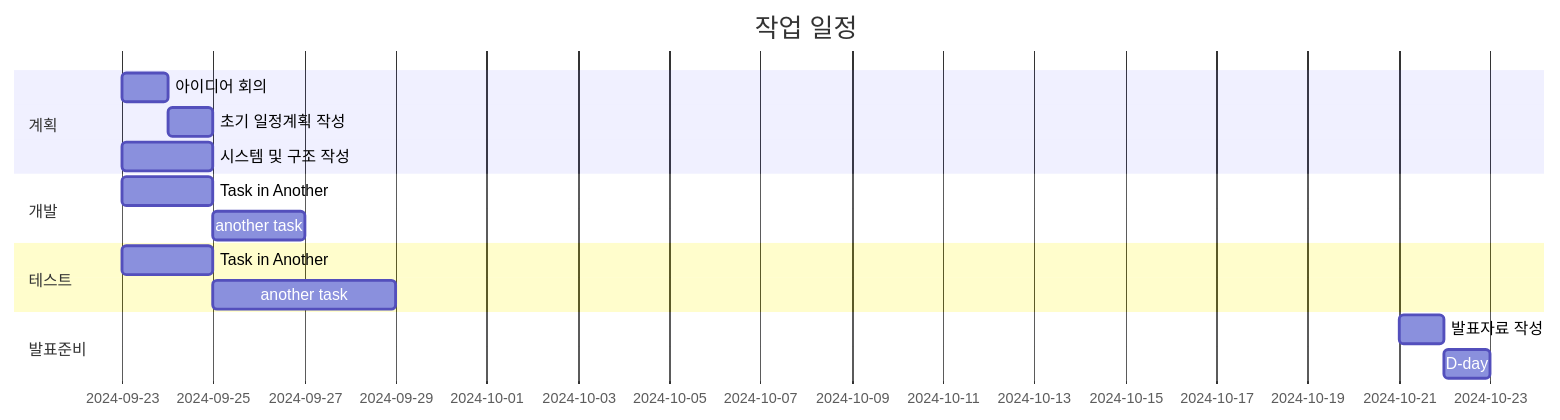
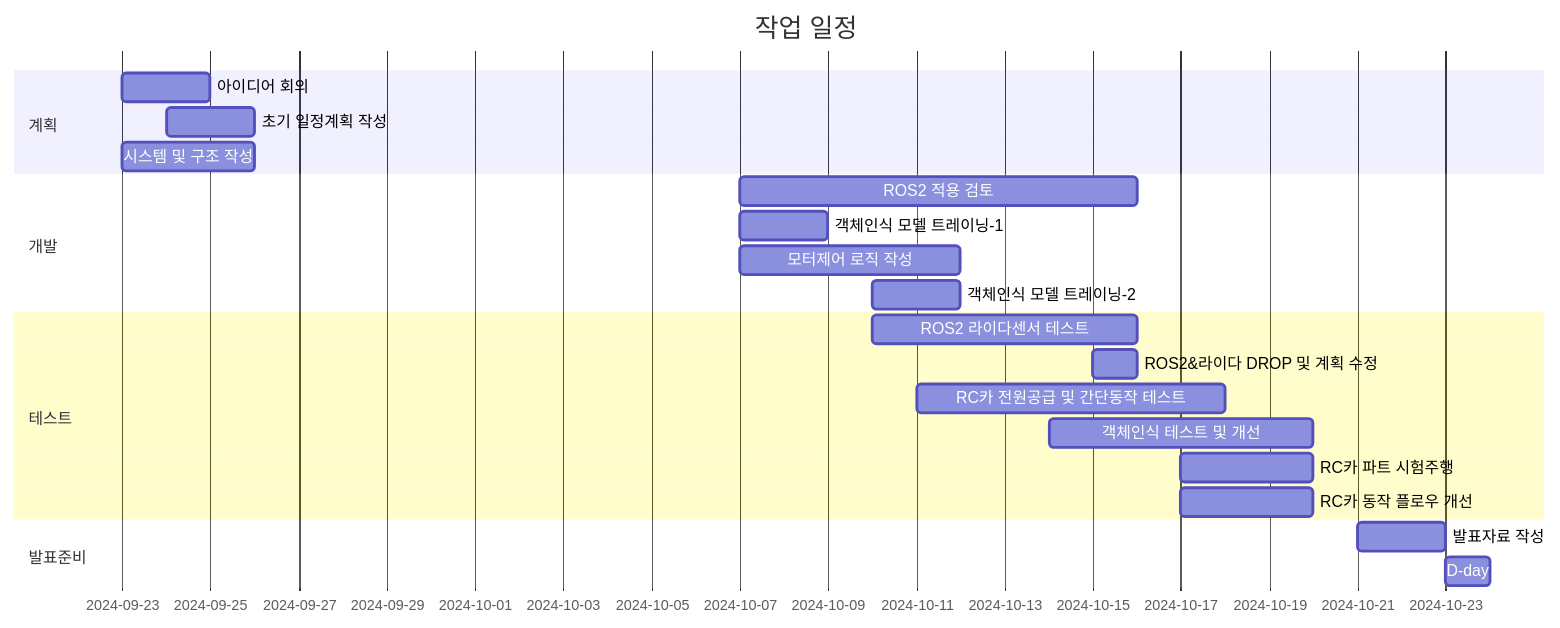
Before and after one commit to FaceDown77/my-project: the diagram in README.md, drawn with Mermaid. The commit also changed other lines of this file, not shown here.

Commit message:
README update

````diff
--- a/README.md
+++ b/README.md
@@ -25,18 +25,24 @@
 ```mermaid
 gantt
     title 작업 일정
     dateFormat YYYY-MM-DD
     section 계획
-        아이디어 회의    :2024-09-23, 2024-09-24
-        초기 일정계획 작성    :2024-09-24, 2024-09-25
-        시스템 및 구조 작성    :2024-09-23, 2024-09-25
+        아이디어 회의    :2024-09-23, 2d
+        초기 일정계획 작성    :2024-09-24, 2d
+        시스템 및 구조 작성    :2024-09-23, 3d
     section 개발
-        Task in Another    :2024-09-23, 2d
-        another task    :2d
+        ROS2 적용 검토    :2024-10-07, 9d
+        객체인식 모델 트레이닝-1    :2024-10-07, 2d
+        모터제어 로직 작성    :2024-10-07, 5d
+        객체인식 모델 트레이닝-2    :2024-10-10, 2d
     section 테스트
-        Task in Another    :2024-09-23, 2d
-        another task    :4d
+        ROS2 라이다센서 테스트    :2024-10-10, 6d
+        ROS2&라이다 DROP 및 계획 수정    :2024-10-15, 1d
+        RC카 전원공급 및 간단동작 테스트    :2024-10-11, 7d
+        객체인식 테스트 및 개선    :2024-10-14, 6d
+        RC카 파트 시험주행    :2024-10-17, 3d
+        RC카 동작 플로우 개선    :2024-10-17, 3d
     section 발표준비
-        발표자료 작성    :2024-10-21, 2024-10-22
-        D-day    :2024-10-23
+        발표자료 작성    :2024-10-21, 2d
+        D-day    :2024-10-23, 1d
 ```
````
